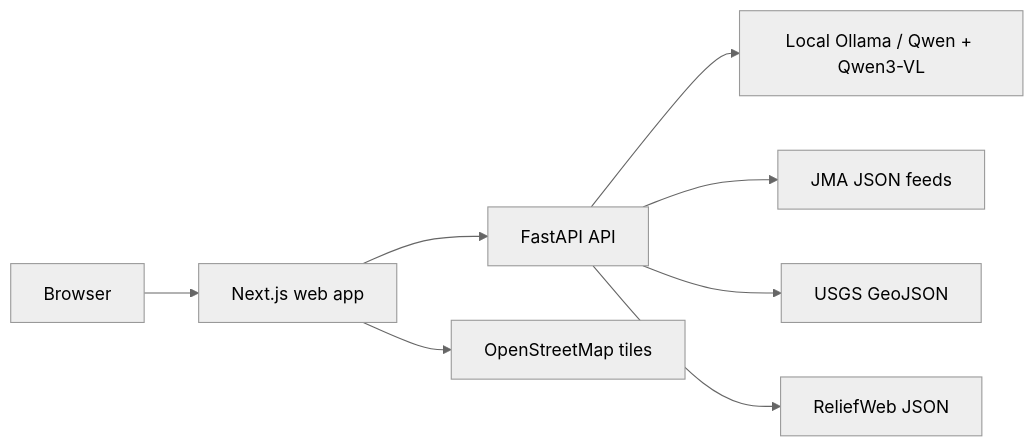
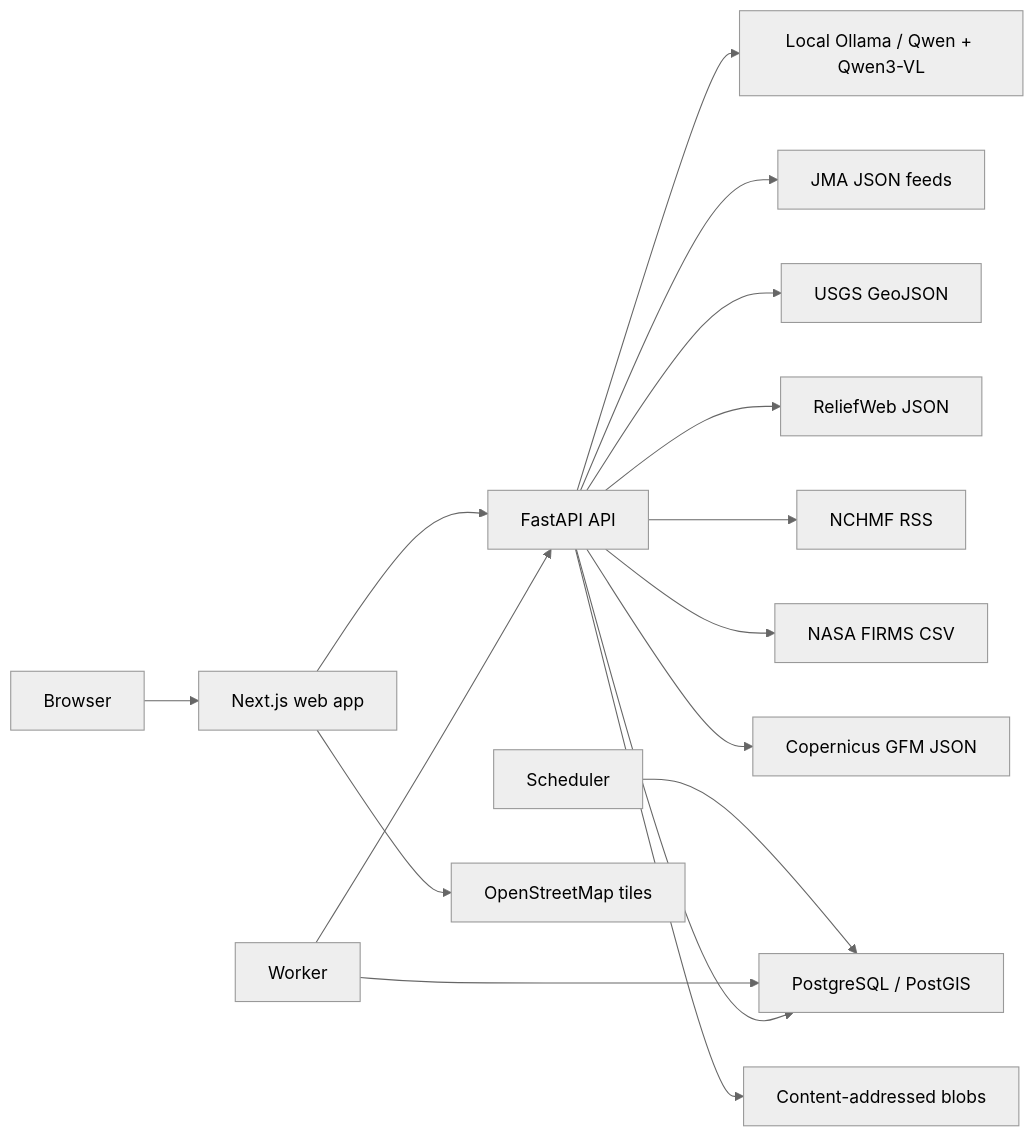
The first of 3 diagrams in docs/architecture.md (FearOfTheSea/DisasterMonitor), drawn with Mermaid (neutral theme) before and after one commit. The commit also changed other lines of this file and 84 other files, not shown here.

````diff
--- a/docs/architecture.md
+++ b/docs/architecture.md
@@ -13,10 +13,18 @@
 ```mermaid
 flowchart LR
     browser["Browser"] --> web["Next.js web app"]
     web --> api["FastAPI API"]
     api --> ollama["Local Ollama / Qwen + Qwen3-VL"]
     api --> jma["JMA JSON feeds"]
     api --> usgs["USGS GeoJSON"]
     api --> reliefweb["ReliefWeb JSON"]
+    api --> nchmf["NCHMF RSS"]
+    api --> firms["NASA FIRMS CSV"]
+    api --> gfm["Copernicus GFM JSON"]
+    scheduler["Scheduler"] --> postgres["PostgreSQL / PostGIS"]
+    worker["Worker"] --> postgres
+    worker --> api
+    api --> postgres
+    api --> blobs["Content-addressed blobs"]
     web --> osm["OpenStreetMap tiles"]
 ```
````
